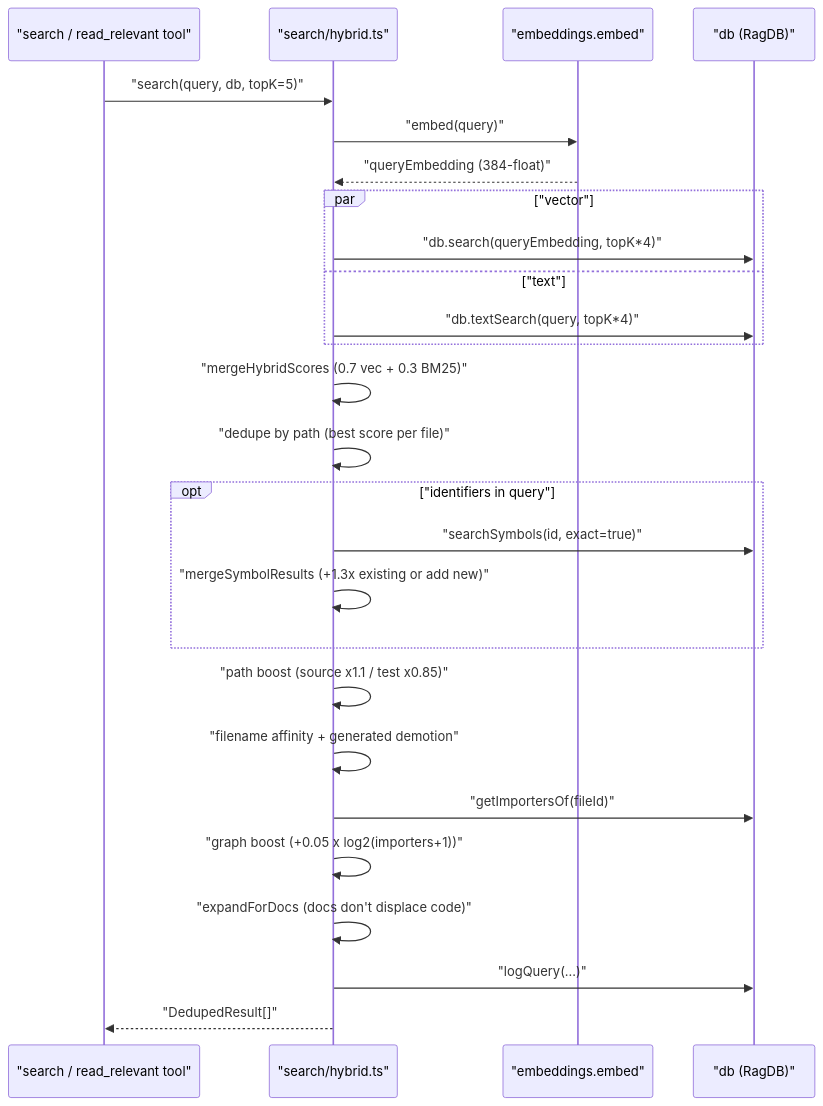
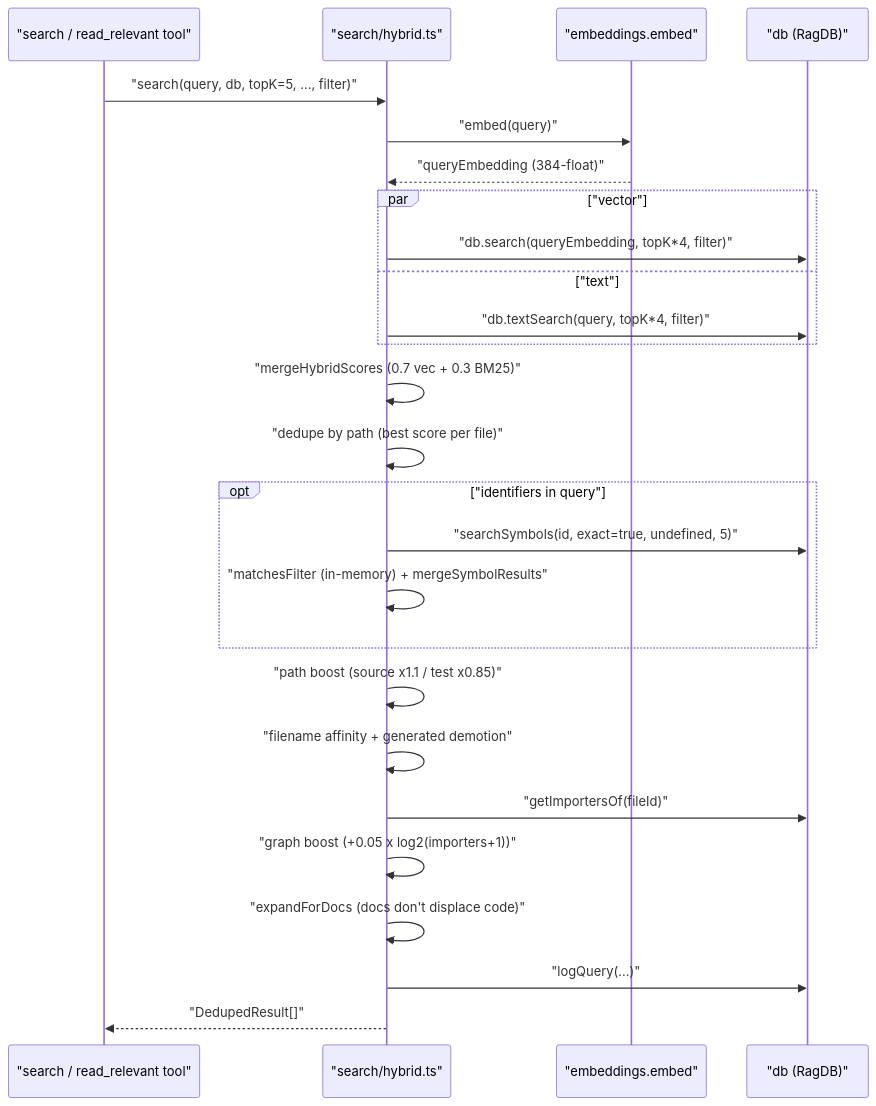
The diagram in wiki/modules/search.md (TheWinci/mimirs), drawn with Mermaid before and after one commit. The commit also changed other lines of this file and 33 other files, not shown here.

````diff
--- a/wiki/modules/search.md
+++ b/wiki/modules/search.md
@@ -39,29 +53,29 @@
 ```mermaid
 sequenceDiagram
   participant caller as "search / read_relevant tool"
   participant hybrid as "search/hybrid.ts"
   participant embed as "embeddings.embed"
   participant db as "db (RagDB)"
 
-  caller->>hybrid: "search(query, db, topK=5)"
+  caller->>hybrid: "search(query, db, topK=5, ..., filter)"
   hybrid->>embed: "embed(query)"
   embed-->>hybrid: "queryEmbedding (384-float)"
   par "vector"
-    hybrid->>db: "db.search(queryEmbedding, topK*4)"
+    hybrid->>db: "db.search(queryEmbedding, topK*4, filter)"
   and "text"
-    hybrid->>db: "db.textSearch(query, topK*4)"
+    hybrid->>db: "db.textSearch(query, topK*4, filter)"
   end
   hybrid->>hybrid: "mergeHybridScores (0.7 vec + 0.3 BM25)"
   hybrid->>hybrid: "dedupe by path (best score per file)"
   opt "identifiers in query"
-    hybrid->>db: "searchSymbols(id, exact=true)"
-    hybrid->>hybrid: "mergeSymbolResults (+1.3x existing or add new)"
+    hybrid->>db: "searchSymbols(id, exact=true, undefined, 5)"
+    hybrid->>hybrid: "matchesFilter (in-memory) + mergeSymbolResults"
   end
   hybrid->>hybrid: "path boost (source x1.1 / test x0.85)"
   hybrid->>hybrid: "filename affinity + generated demotion"
   hybrid->>db: "getImportersOf(fileId)"
   hybrid->>hybrid: "graph boost (+0.05 x log2(importers+1))"
   hybrid->>hybrid: "expandForDocs (docs don't displace code)"
   hybrid->>db: "logQuery(...)"
   hybrid-->>caller: "DedupedResult[]"
 ```
````
